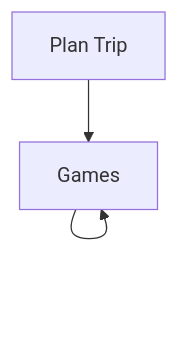
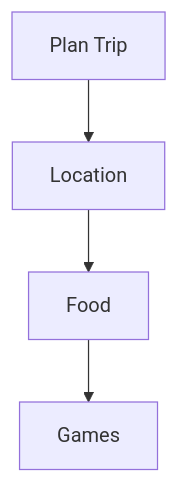
One commit to SMahabeer1/smahabeer1.github.io changed the diagram in Diagram.md. Above: the diagram before and after it, drawn with Mermaid.

````diff
--- a/Diagram.md
+++ b/Diagram.md
@@ -1,5 +1,5 @@
 ```mermaid
 flowchart TD
- A[Plan Trip]-->B[Location]-->B[Food]-->B[Games]
+ A[Plan Trip]-->B[Location]-->C[Food]-->D[Games]
 
 ```
````
